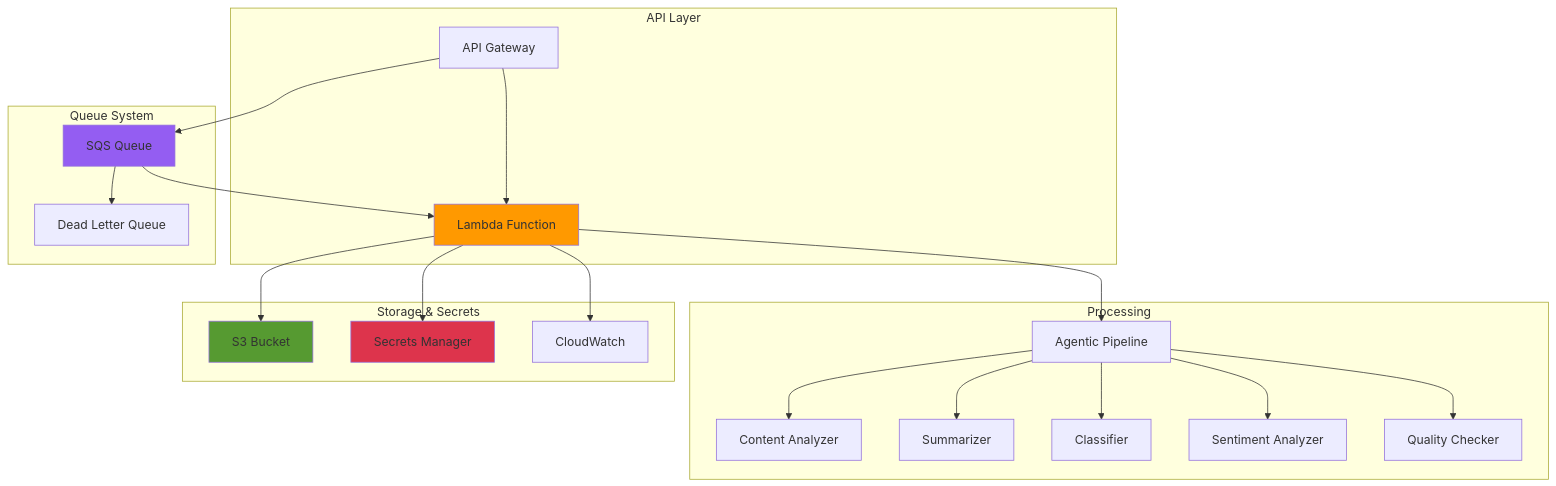
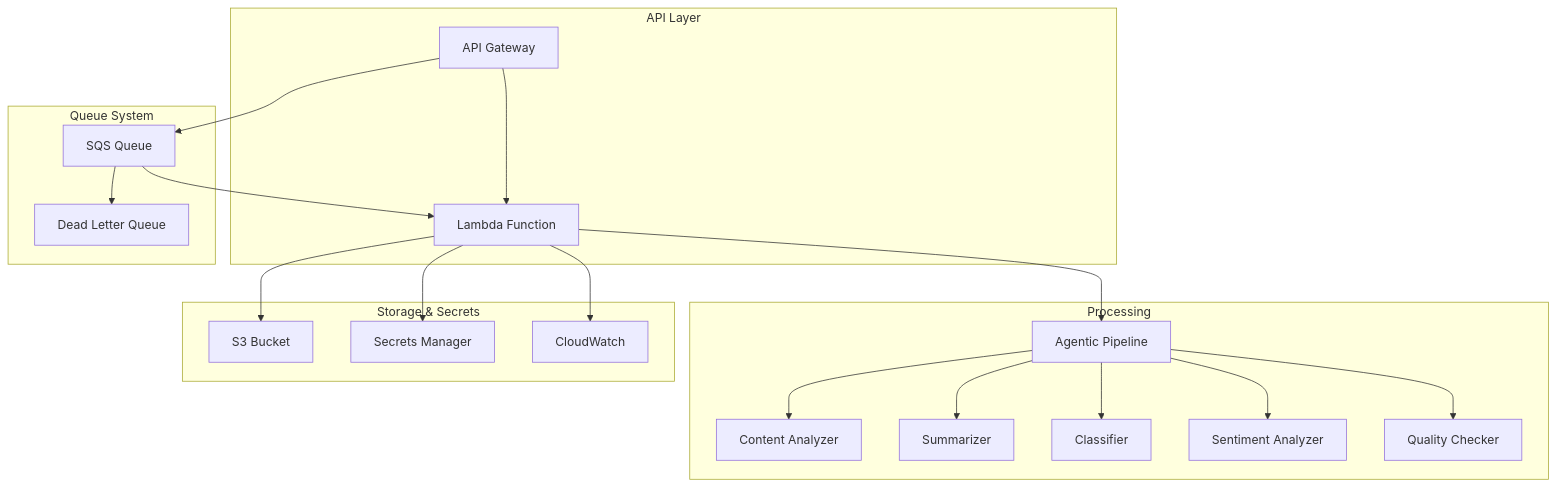
One commit to hoangsonww/AI-Gov-Content-Curator changed the fifth of 6 diagrams in agentic_ai/README.md. Above: the diagram before and after it, drawn with Mermaid. The commit also changed other lines of this file, not shown here.

````diff
--- a/agentic_ai/README.md
+++ b/agentic_ai/README.md
@@ -274,38 +258,33 @@
 ```mermaid
 graph TB
     subgraph "API Layer"
         A[API Gateway] --> B[Lambda Function]
     end
 
     subgraph "Processing"
         B --> C[Agentic Pipeline]
         C --> D[Content Analyzer]
         C --> E[Summarizer]
         C --> F[Classifier]
         C --> G[Sentiment Analyzer]
         C --> H[Quality Checker]
     end
 
     subgraph "Storage & Secrets"
         I[S3 Bucket]
         J[Secrets Manager]
         K[CloudWatch]
     end
 
     subgraph "Queue System"
         L[SQS Queue]
         M[Dead Letter Queue]
     end
 
     B --> I
     B --> J
     B --> K
     A --> L
     L --> B
     L --> M
-
-    style B fill:#ff9900
-    style I fill:#569a31
-    style J fill:#dd344c
-    style L fill:#945df2
 ```
````
